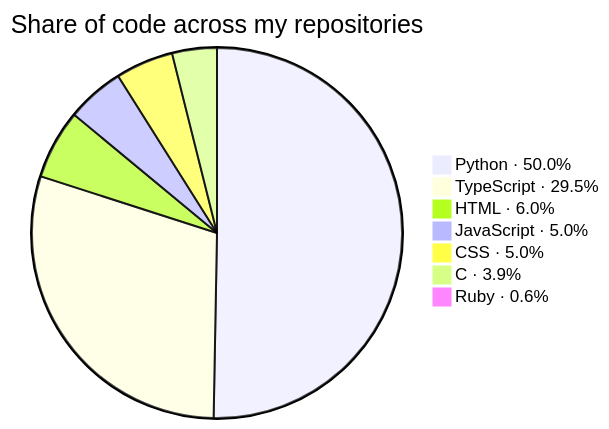
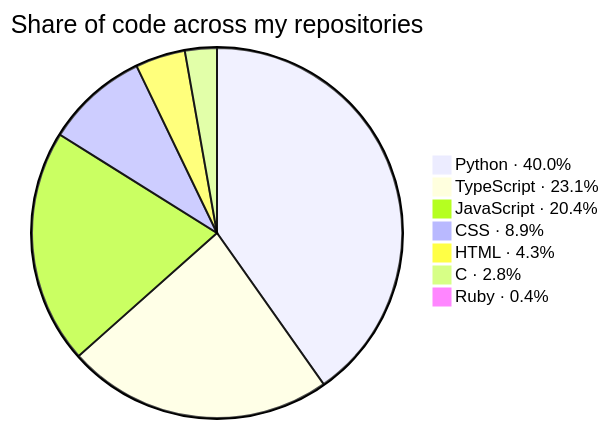
The second of 3 diagrams in README.md (KathFK1234/KathFK1234), drawn with Mermaid before and after one commit. The commit also changed other lines of this file and 4 other files, not shown here.

````diff
--- a/README.md
+++ b/README.md
@@ -109,11 +109,11 @@
 ```mermaid
 %%{init: {"themeVariables": {"pieSectionTextSize": "0px"}}}%%
 pie title Share of code across my repositories
-    "Python · 50.0%" : 807.6
-    "TypeScript · 29.5%" : 476.4
-    "HTML · 6.0%" : 97.2
-    "JavaScript · 5.0%" : 81.0
-    "CSS · 5.0%" : 81.0
-    "C · 3.9%" : 62.7
-    "Ruby · 0.6%" : 10.1
+    "Python · 40.0%" : 905.4
+    "TypeScript · 23.1%" : 522.5
+    "JavaScript · 20.4%" : 460.8
+    "CSS · 8.9%" : 201.5
+    "HTML · 4.3%" : 98.1
+    "C · 2.8%" : 62.7
+    "Ruby · 0.4%" : 10.1
 ```
````
